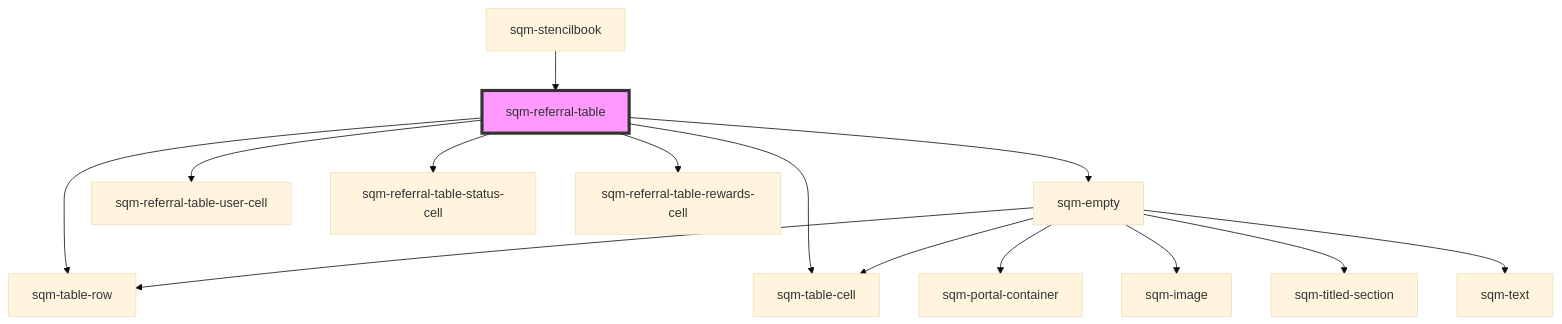
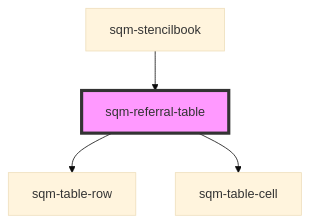
One commit to saasquatch/program-tools changed the diagram in packages/mint-components/src/components/sqm-referral-table/readme.md. Above: the diagram before and after it, drawn with Mermaid (base theme). The commit also changed other lines of this file and 10 other files, not shown here.

````diff
--- a/packages/mint-components/src/components/sqm-referral-table/readme.md
+++ b/packages/mint-components/src/components/sqm-referral-table/readme.md
@@ -40,17 +36,7 @@
 ```mermaid
 graph TD;
   sqm-referral-table --> sqm-table-row
   sqm-referral-table --> sqm-table-cell
-  sqm-referral-table --> sqm-empty
-  sqm-referral-table --> sqm-referral-table-user-cell
-  sqm-referral-table --> sqm-referral-table-status-cell
-  sqm-referral-table --> sqm-referral-table-rewards-cell
-  sqm-empty --> sqm-portal-container
-  sqm-empty --> sqm-image
-  sqm-empty --> sqm-titled-section
-  sqm-empty --> sqm-text
-  sqm-empty --> sqm-table-row
-  sqm-empty --> sqm-table-cell
   sqm-stencilbook --> sqm-referral-table
   style sqm-referral-table fill:#f9f,stroke:#333,stroke-width:4px
 ```
````
